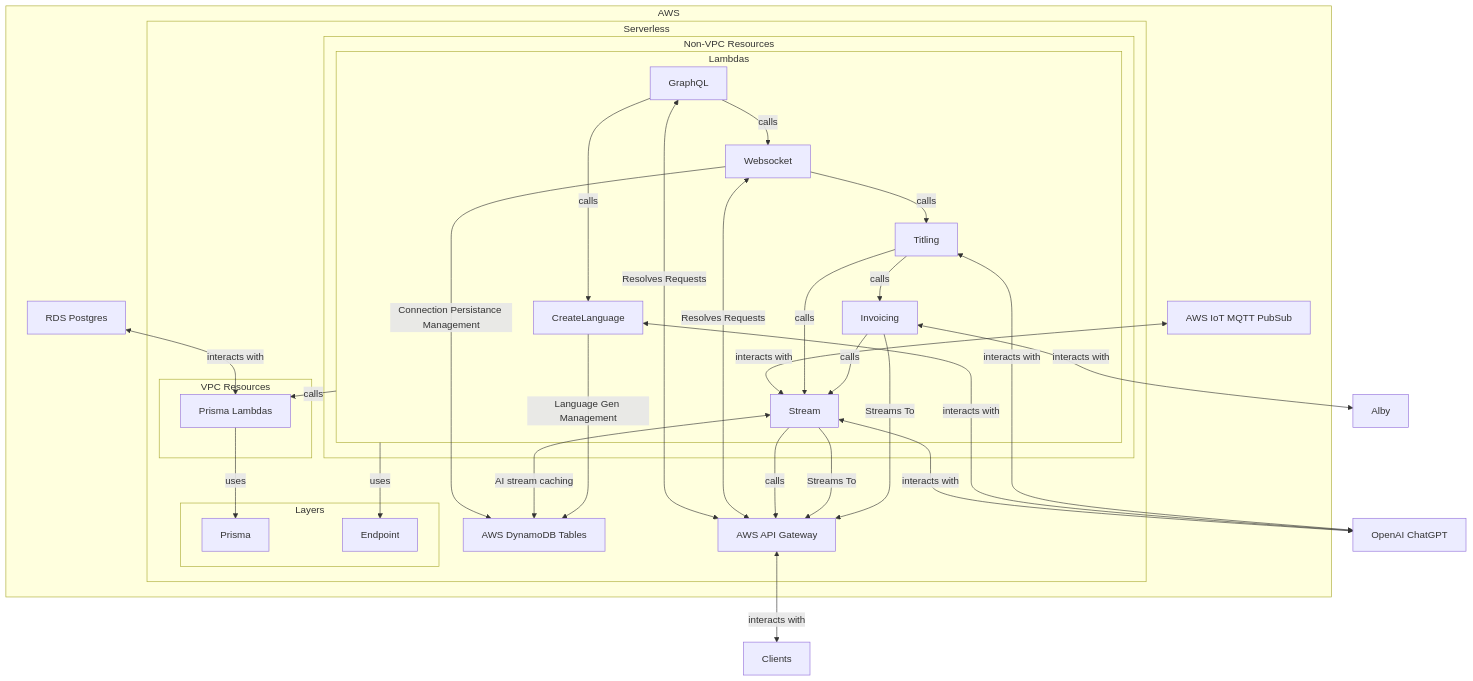
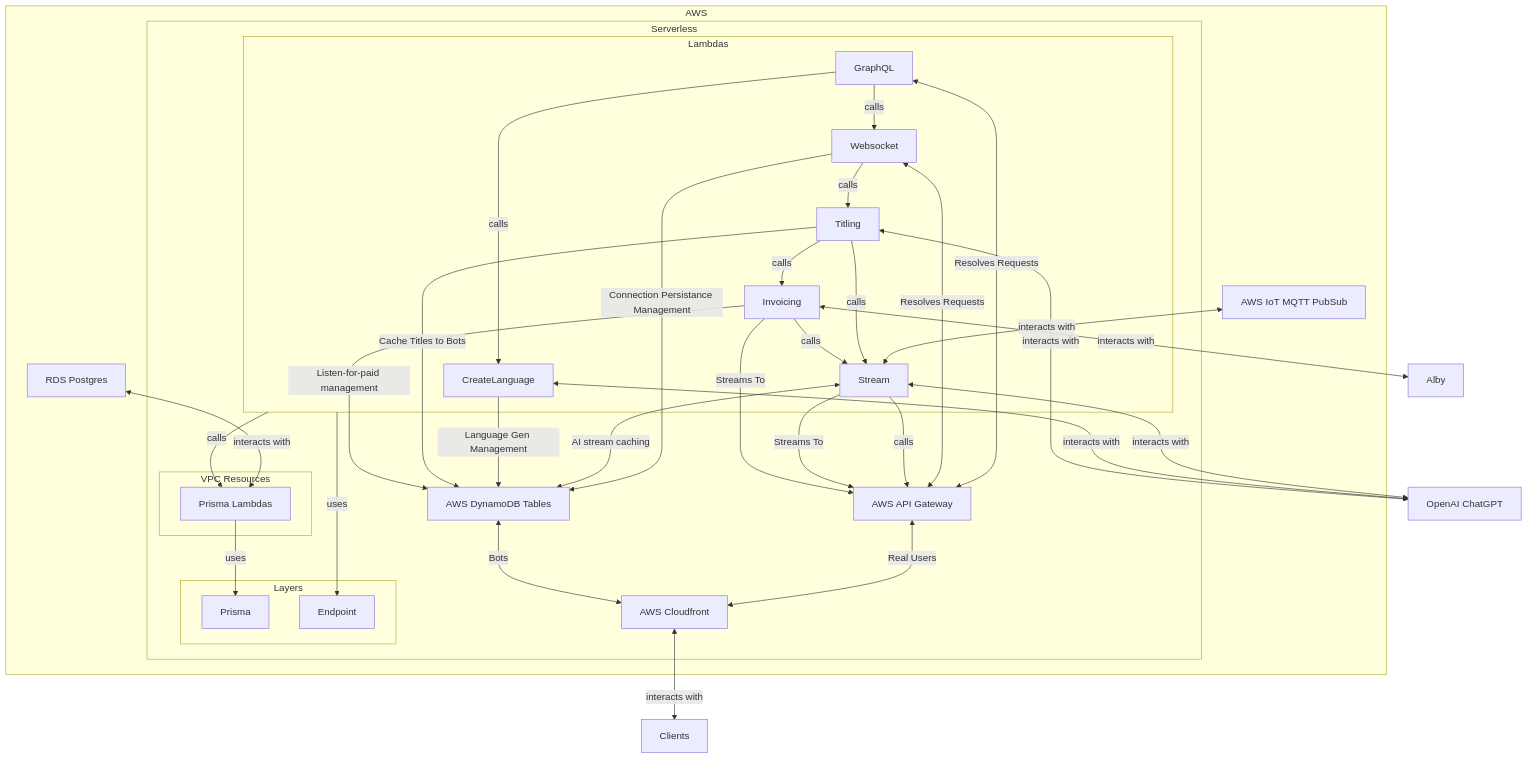
Before and after one commit to GildedPleb/bitcoin-helps: the second of 3 diagrams in README.md, drawn with Mermaid. The commit also changed other lines of this file, not shown here.

````diff
--- a/README.md
+++ b/README.md
@@ -113,68 +113,71 @@
 ```mermaid
 flowchart TB
   subgraph "AWS"
     subgraph "Serverless"
       APIG["AWS API Gateway"]
       DYNAMO["AWS DynamoDB Tables"]
+      subgraph "Lambdas"
+        CreateLanguage["CreateLanguage"]
+        Websocket["Websocket"]
+        Titling["Titling"]
+        Invoicing["Invoicing"]
+        GraphQL["GraphQL"]
+        Stream["Stream"]
+      end
 
-      subgraph "Non-VPC Resources"
-        subgraph "Lambdas"
-          CreateLanguage["CreateLanguage"]
-          Websocket["Websocket"]
-          Titling["Titling"]
-          Invoicing["Invoicing"]
-          GraphQL["GraphQL"]
-          Stream["Stream"]
-        end
-      end
+      AWS_Cloudfront["AWS Cloudfront"]
 
       subgraph "VPC Resources"
         PrismaLambdas["Prisma Lambdas"]
       end
 
       subgraph "Layers"
         Prisma["Prisma"]
         Endpoint["Endpoint"]
       end
     end
     RDS_Postgres["RDS Postgres"]
     AWS_IoT["AWS IoT MQTT PubSub"]
   end
 
   OpenAIGPT["OpenAI ChatGPT"]
   Alby["Alby"]
   Internet["Clients"]
 
   Lambdas-->|uses|Endpoint
   PrismaLambdas-->|uses|Prisma
 
   Websocket-->|Connection Persistance Management|DYNAMO
   Stream<-->|AI stream caching|DYNAMO
   CreateLanguage-->|Language Gen Management|DYNAMO
 
   Lambdas-->|calls|PrismaLambdas
   RDS_Postgres<-->|interacts with|PrismaLambdas
 
   Stream<-->|interacts with|OpenAIGPT
   CreateLanguage<-->|interacts with|OpenAIGPT
   Titling<-->|interacts with|OpenAIGPT
 
   GraphQL<-->|Resolves Requests|APIG
   Websocket<-->|Resolves Requests|APIG
   Stream-->|calls|APIG
   Stream-->|Streams To|APIG
   Invoicing-->|Streams To|APIG
 
-  APIG<-->|interacts with|Internet
+  APIG<-->|Real Users|AWS_Cloudfront
+  DYNAMO<-->|Bots|AWS_Cloudfront
+  AWS_Cloudfront<-->|interacts with|Internet
   AWS_IoT<-->|interacts with|Stream
 
   Websocket-->|calls|Titling
   Titling-->|calls|Stream
   Titling-->|calls|Invoicing
+  Titling-->|Cache Titles to Bots|DYNAMO
   Invoicing<-->|interacts with|Alby
   Invoicing-->|calls|Stream
+  Invoicing-->|Listen-for-paid management|DYNAMO
 
   GraphQL-->|calls|CreateLanguage
   GraphQL-->|calls|Websocket
 
 ```
````
